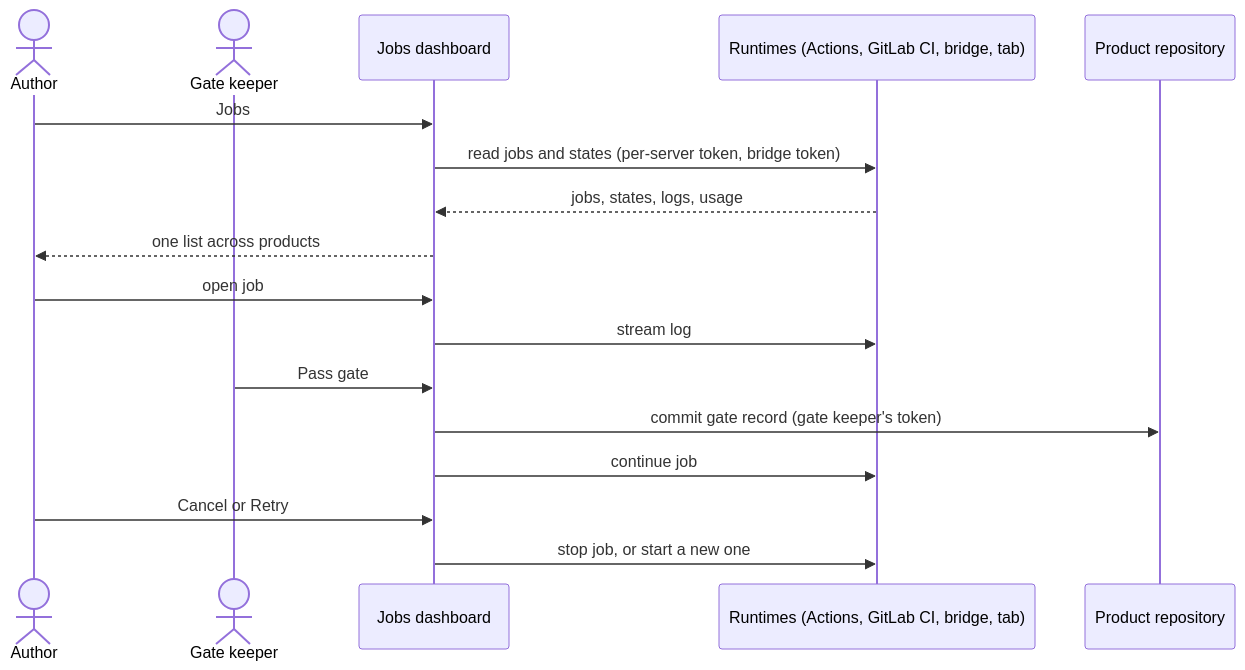
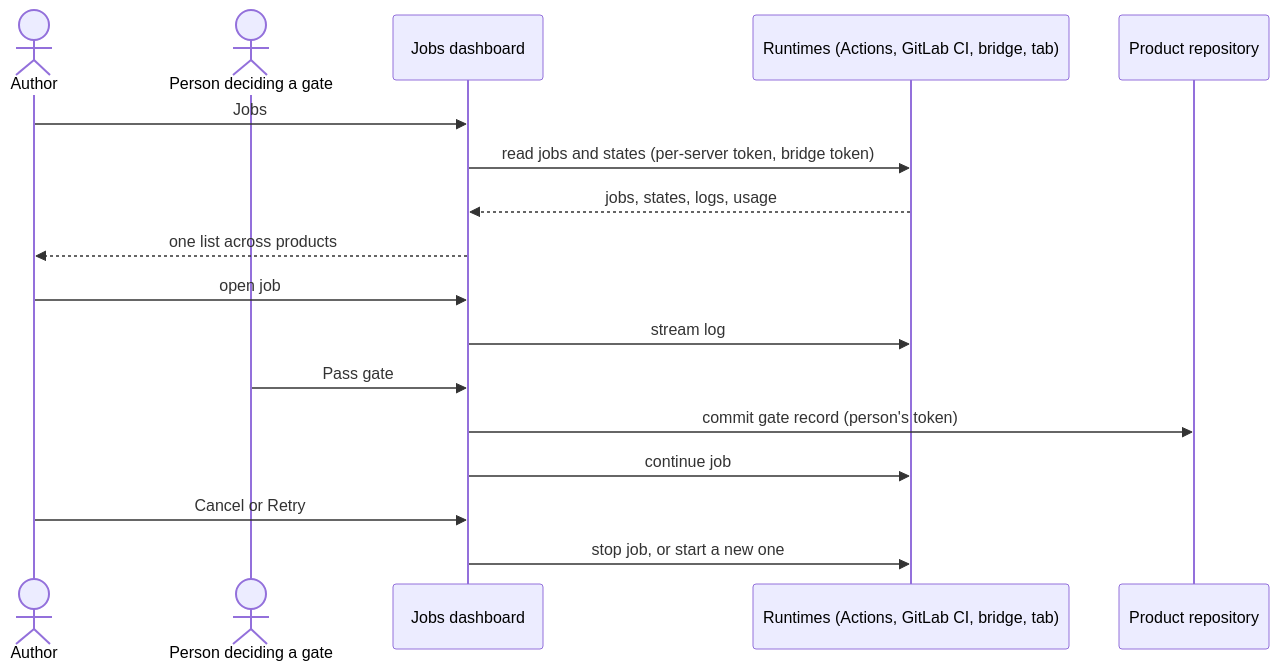
One commit to akmaier/agent-m changed the diagram in docs/use-cases/UC-036-inspect-running-jobs.md. Above: the diagram before and after it, drawn with Mermaid. The commit also changed other lines of this file and 6 other files, not shown here.

````diff
--- a/docs/use-cases/UC-036-inspect-running-jobs.md
+++ b/docs/use-cases/UC-036-inspect-running-jobs.md
@@ -106,19 +110,19 @@
 ```mermaid
 sequenceDiagram
     actor A as Author
-    actor K as Gate keeper
+    actor K as Person deciding a gate
     participant D as Jobs dashboard
     participant R as Runtimes (Actions, GitLab CI, bridge, tab)
     participant G as Product repository
     A->>D: Jobs
     D->>R: read jobs and states (per-server token, bridge token)
     R-->>D: jobs, states, logs, usage
     D-->>A: one list across products
     A->>D: open job
     D->>R: stream log
     K->>D: Pass gate
-    D->>G: commit gate record (gate keeper's token)
+    D->>G: commit gate record (person's token)
     D->>R: continue job
     A->>D: Cancel or Retry
     D->>R: stop job, or start a new one
 ```
````
